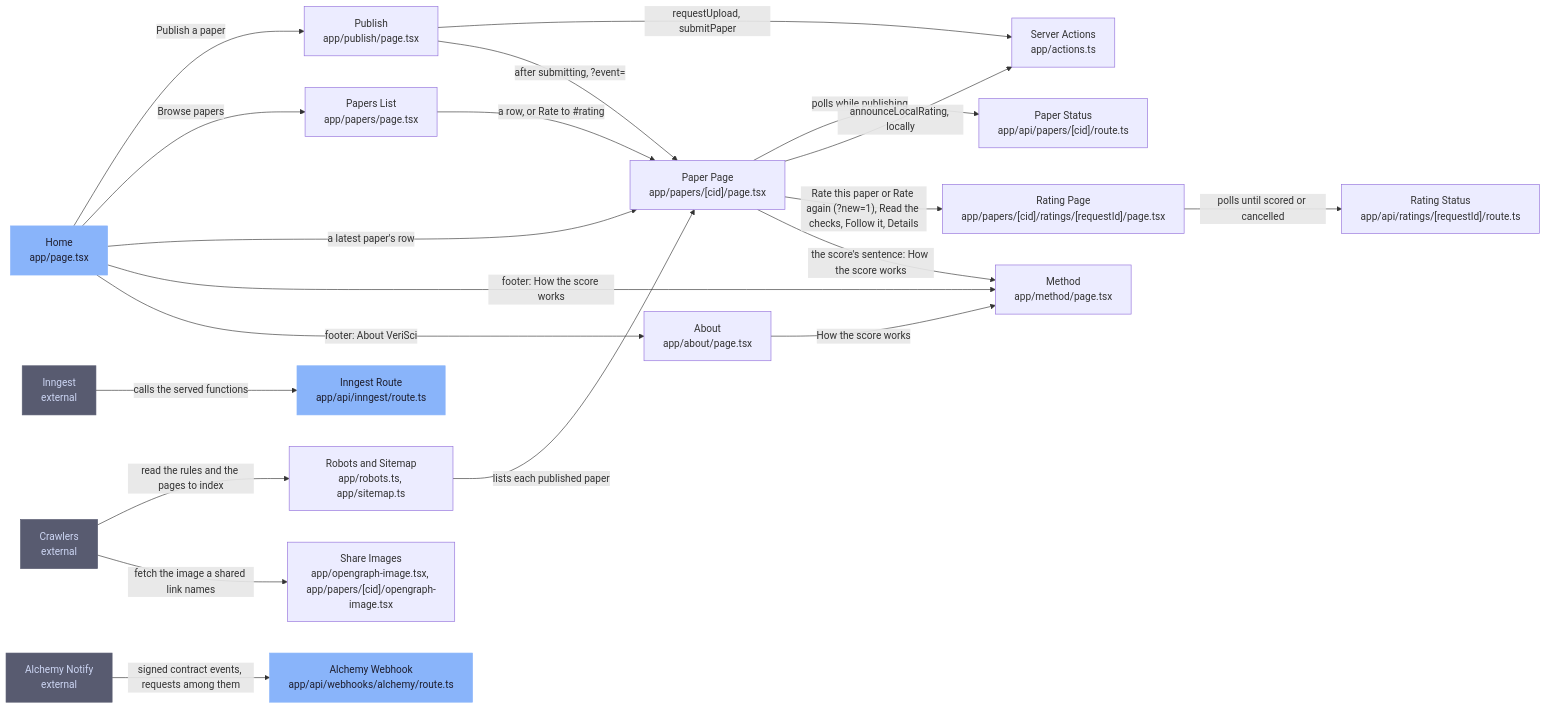
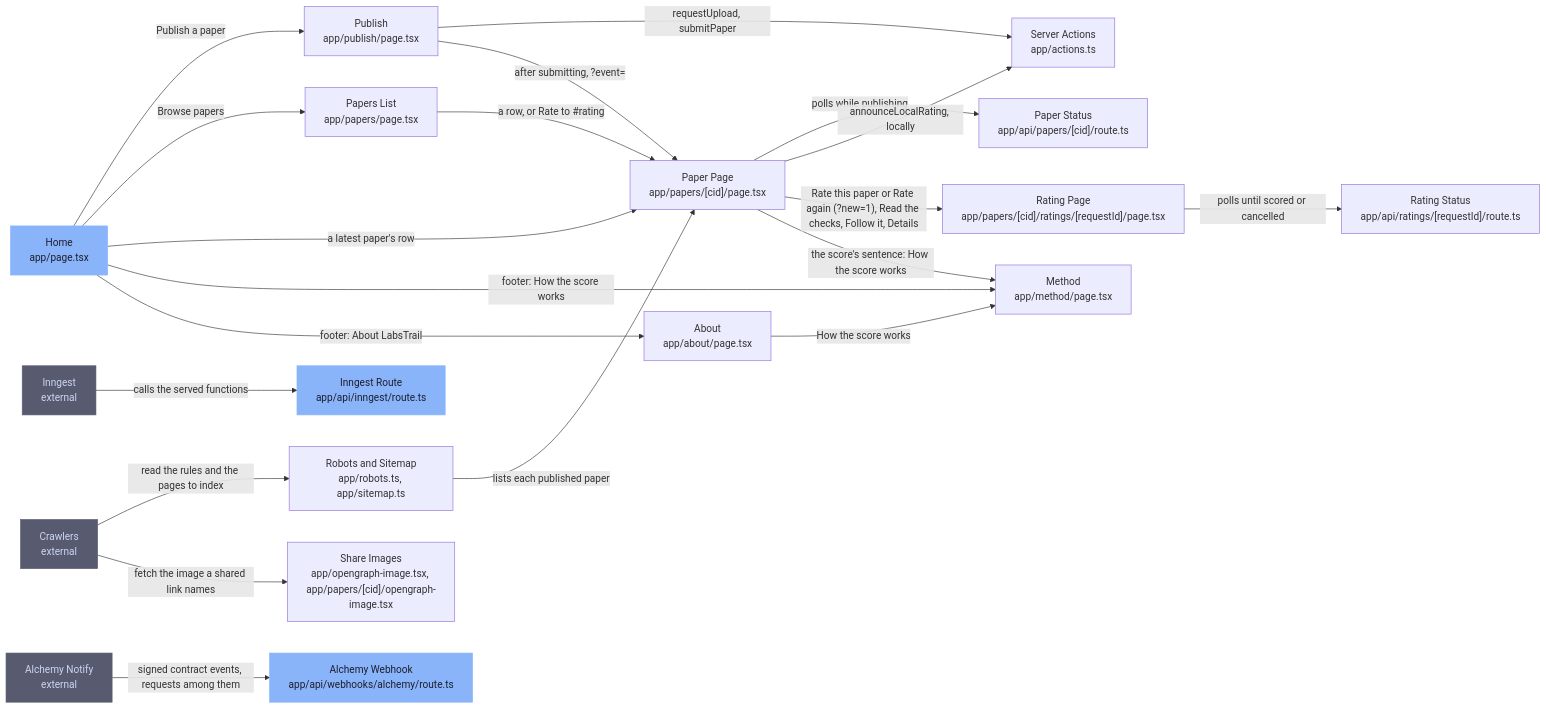
Before and after one commit to SiegfriedBz/labstrail: the diagram in .omm/route-page-map/diagram.mmd, drawn with Mermaid. The commit also changed 264 other files, not shown here.

First line of the commit message:
feat(repo): rename the project to LabsTrail (#56)

```diff
--- a/.omm/route-page-map/diagram.mmd
+++ b/.omm/route-page-map/diagram.mmd
@@ -1,24 +1,24 @@
 graph LR
     home["Home\napp/page.tsx"] -->|"Publish a paper"| publish["Publish\napp/publish/page.tsx"]
     home -->|"Browse papers"| papers["Papers List\napp/papers/page.tsx"]
     home -->|"a latest paper's row"| paper["Paper Page\napp/papers/[cid]/page.tsx"]
     papers -->|"a row, or Rate to #rating"| paper
     publish -->|"requestUpload, submitPaper"| server-actions["Server Actions\napp/actions.ts"]
     publish -->|"after submitting, ?event=<id>"| paper
     paper -->|"polls while publishing"| api-papers["Paper Status\napp/api/papers/[cid]/route.ts"]
     paper -->|"announceLocalRating, locally"| server-actions
     paper -->|"Rate this paper or Rate again (?new=1), Read the checks, Follow it, Details"| rating["Rating Page\napp/papers/[cid]/ratings/[requestId]/page.tsx"]
     rating -->|"polls until scored or cancelled"| api-ratings["Rating Status\napp/api/ratings/[requestId]/route.ts"]
     home -->|"footer: How the score works"| method["Method\napp/method/page.tsx"]
-    home -->|"footer: About VeriSci"| about["About\napp/about/page.tsx"]
+    home -->|"footer: About LabsTrail"| about["About\napp/about/page.tsx"]
     paper -->|"the score's sentence: How the score works"| method
     about -->|"How the score works"| method
     crawlers["Crawlers\nexternal"] -->|"read the rules and the pages to index"| crawl["Robots and Sitemap\napp/robots.ts, app/sitemap.ts"]
     crawl -->|"lists each published paper"| paper
     crawlers -->|"fetch the image a shared link names"| share-images["Share Images\napp/opengraph-image.tsx, app/papers/[cid]/opengraph-image.tsx"]
     inngest["Inngest\nexternal"] -->|"calls the served functions"| inngest-route["Inngest Route\napp/api/inngest/route.ts"]
     alchemy-notify["Alchemy Notify\nexternal"] -->|"signed contract events, requests among them"| api-webhooks["Alchemy Webhook\napp/api/webhooks/alchemy/route.ts"]
     classDef entry fill:#89b4fa,stroke:#89b4fa,color:#1e1e2e
     classDef external fill:#585b70,stroke:#585b70,color:#cdd6f4
     class home,inngest-route,api-webhooks entry
     class inngest,alchemy-notify,crawlers external
```
